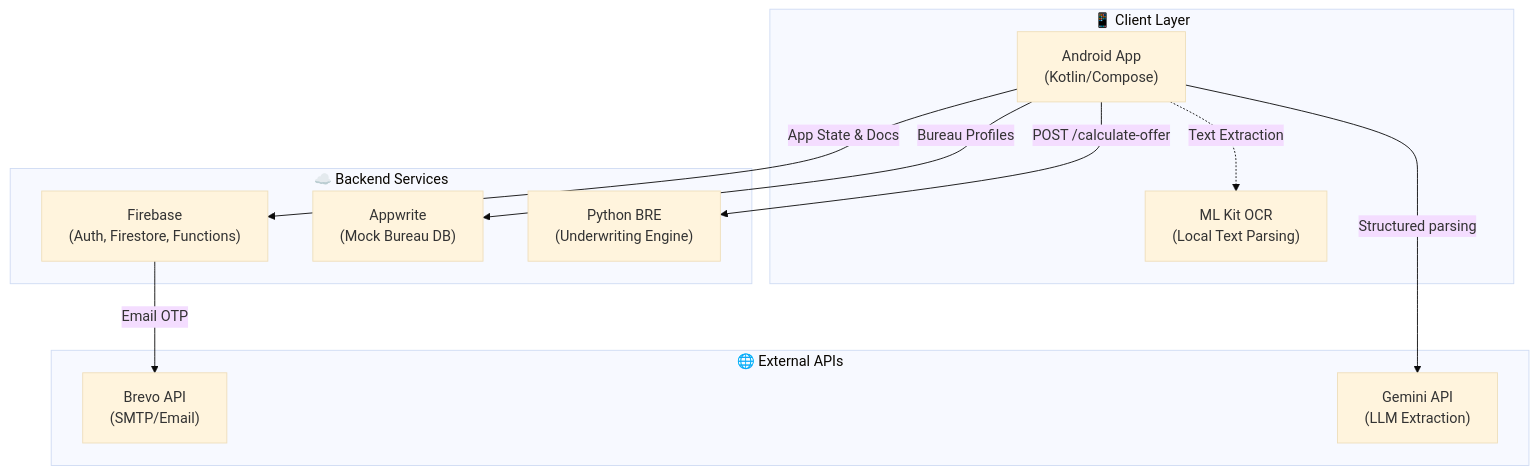
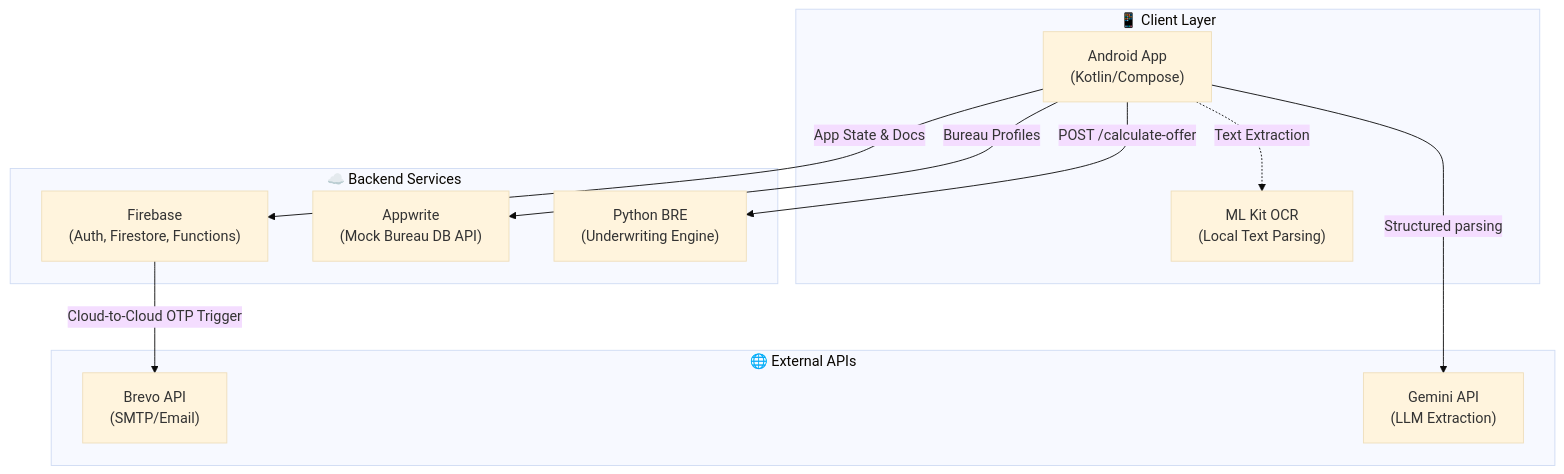
The first of 2 diagrams in README.md (rupinrd3/LoansAI), drawn with Mermaid (base theme) before and after one commit. The commit also changed other lines of this file, not shown here.

````diff
--- a/README.md
+++ b/README.md
@@ -38,25 +40,25 @@
 ```mermaid
 graph TD
     subgraph "📱 Client Layer"
         Android["Android App<br/>(Kotlin/Compose)"]
         OCR["ML Kit OCR<br/>(Local Text Parsing)"]
         Android -.->|"Text Extraction"| OCR
     end
     
     subgraph "☁️ Backend Services"
         Firebase["Firebase<br/>(Auth, Firestore, Functions)"]
-        Appwrite["Appwrite<br/>(Mock Bureau DB)"]
+        Appwrite["Appwrite<br/>(Mock Bureau DB API)"]
         BRE["Python BRE<br/>(Underwriting Engine)"]
     end
     
     subgraph "🌐 External APIs"
         Brevo["Brevo API<br/>(SMTP/Email)"]
         Gemini["Gemini API<br/>(LLM Extraction)"]
     end
     
     Android -->|"App State & Docs"| Firebase
     Android -->|"Bureau Profiles"| Appwrite
     Android -->|"POST /calculate-offer"| BRE
     Android -->|"Structured parsing"| Gemini
-    Firebase -->|"Email OTP"| Brevo
+    Firebase -->|"Cloud-to-Cloud OTP Trigger"| Brevo
 ```
````
